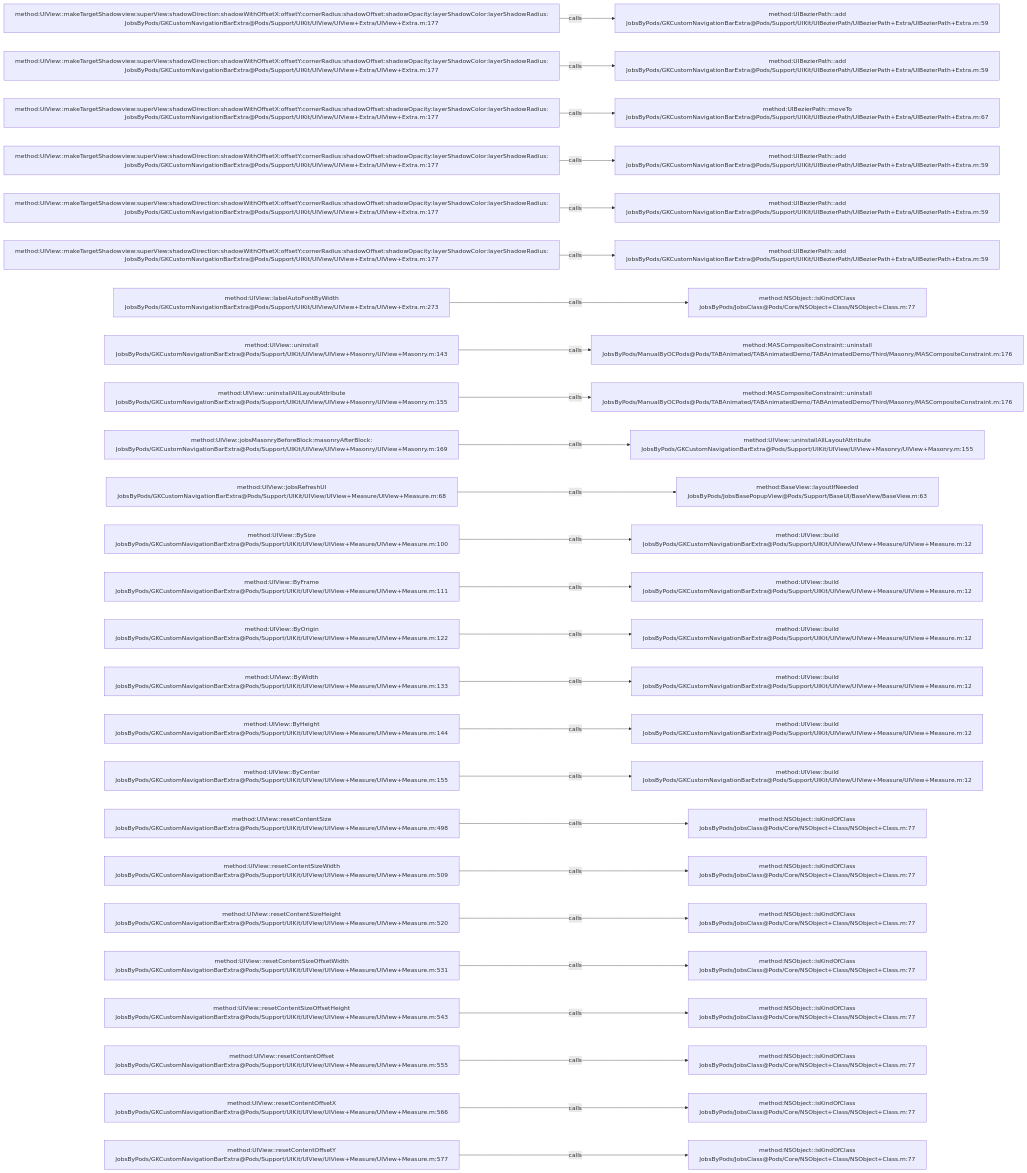
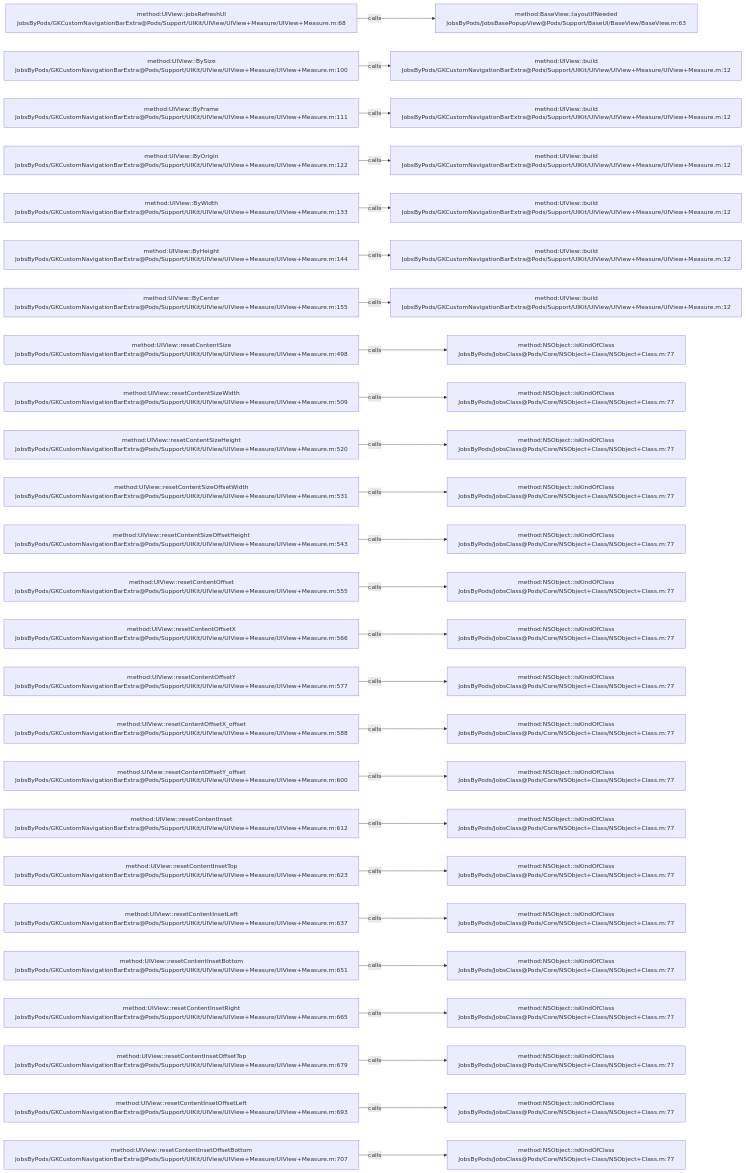
One commit to JobsKits/JobsOCBaseConfigDemo changed the diagram in .codegraph/codegraph.md/graphs/calls-009.md. Above: the diagram before and after it, drawn with Mermaid. The commit also changed 639 other files, not shown here.

````diff
--- a/.codegraph/codegraph.md/graphs/calls-009.md
+++ b/.codegraph/codegraph.md/graphs/calls-009.md
@@ -13,78 +13,78 @@
 ```mermaid
 flowchart LR
-  S1["method:UIView::makeTargetShadowview:superView:shadowDirection:shadowWithOffsetX:offsetY:cornerRadius:shadowOffset:shadowOpacity:layerShadowColor:layerShadowRadius:<br/>JobsByPods/GKCustomNavigationBarExtra@Pods/Support/UIKit/UIView/UIView+Extra/UIView+Extra.m:177"]
-  T1["method:UIBezierPath::add<br/>JobsByPods/GKCustomNavigationBarExtra@Pods/Support/UIKit/UIBezierPath/UIBezierPath+Extra/UIBezierPath+Extra.m:59"]
+  S1["method:UIView::jobsRefreshUI<br/>JobsByPods/GKCustomNavigationBarExtra@Pods/Support/UIKit/UIView/UIView+Measure/UIView+Measure.m:68"]
+  T1["method:BaseView::layoutIfNeeded<br/>JobsByPods/JobsBasePopupView@Pods/Support/BaseUI/BaseView/BaseView.m:63"]
   S1 -->|calls| T1
-  S2["method:UIView::makeTargetShadowview:superView:shadowDirection:shadowWithOffsetX:offsetY:cornerRadius:shadowOffset:shadowOpacity:layerShadowColor:layerShadowRadius:<br/>JobsByPods/GKCustomNavigationBarExtra@Pods/Support/UIKit/UIView/UIView+Extra/UIView+Extra.m:177"]
-  T2["method:UIBezierPath::add<br/>JobsByPods/GKCustomNavigationBarExtra@Pods/Support/UIKit/UIBezierPath/UIBezierPath+Extra/UIBezierPath+Extra.m:59"]
+  S2["method:UIView::BySize<br/>JobsByPods/GKCustomNavigationBarExtra@Pods/Support/UIKit/UIView/UIView+Measure/UIView+Measure.m:100"]
+  T2["method:UIView::build<br/>JobsByPods/GKCustomNavigationBarExtra@Pods/Support/UIKit/UIView/UIView+Measure/UIView+Measure.m:12"]
   S2 -->|calls| T2
-  S3["method:UIView::makeTargetShadowview:superView:shadowDirection:shadowWithOffsetX:offsetY:cornerRadius:shadowOffset:shadowOpacity:layerShadowColor:layerShadowRadius:<br/>JobsByPods/GKCustomNavigationBarExtra@Pods/Support/UIKit/UIView/UIView+Extra/UIView+Extra.m:177"]
-  T3["method:UIBezierPath::moveTo<br/>JobsByPods/GKCustomNavigationBarExtra@Pods/Support/UIKit/UIBezierPath/UIBezierPath+Extra/UIBezierPath+Extra.m:67"]
+  S3["method:UIView::ByFrame<br/>JobsByPods/GKCustomNavigationBarExtra@Pods/Support/UIKit/UIView/UIView+Measure/UIView+Measure.m:111"]
+  T3["method:UIView::build<br/>JobsByPods/GKCustomNavigationBarExtra@Pods/Support/UIKit/UIView/UIView+Measure/UIView+Measure.m:12"]
   S3 -->|calls| T3
-  S4["method:UIView::makeTargetShadowview:superView:shadowDirection:shadowWithOffsetX:offsetY:cornerRadius:shadowOffset:shadowOpacity:layerShadowColor:layerShadowRadius:<br/>JobsByPods/GKCustomNavigationBarExtra@Pods/Support/UIKit/UIView/UIView+Extra/UIView+Extra.m:177"]
-  T4["method:UIBezierPath::add<br/>JobsByPods/GKCustomNavigationBarExtra@Pods/Support/UIKit/UIBezierPath/UIBezierPath+Extra/UIBezierPath+Extra.m:59"]
+  S4["method:UIView::ByOrigin<br/>JobsByPods/GKCustomNavigationBarExtra@Pods/Support/UIKit/UIView/UIView+Measure/UIView+Measure.m:122"]
+  T4["method:UIView::build<br/>JobsByPods/GKCustomNavigationBarExtra@Pods/Support/UIKit/UIView/UIView+Measure/UIView+Measure.m:12"]
   S4 -->|calls| T4
-  S5["method:UIView::makeTargetShadowview:superView:shadowDirection:shadowWithOffsetX:offsetY:cornerRadius:shadowOffset:shadowOpacity:layerShadowColor:layerShadowRadius:<br/>JobsByPods/GKCustomNavigationBarExtra@Pods/Support/UIKit/UIView/UIView+Extra/UIView+Extra.m:177"]
-  T5["method:UIBezierPath::add<br/>JobsByPods/GKCustomNavigationBarExtra@Pods/Support/UIKit/UIBezierPath/UIBezierPath+Extra/UIBezierPath+Extra.m:59"]
+  S5["method:UIView::ByWidth<br/>JobsByPods/GKCustomNavigationBarExtra@Pods/Support/UIKit/UIView/UIView+Measure/UIView+Measure.m:133"]
+  T5["method:UIView::build<br/>JobsByPods/GKCustomNavigationBarExtra@Pods/Support/UIKit/UIView/UIView+Measure/UIView+Measure.m:12"]
   S5 -->|calls| T5
-  S6["method:UIView::makeTargetShadowview:superView:shadowDirection:shadowWithOffsetX:offsetY:cornerRadius:shadowOffset:shadowOpacity:layerShadowColor:layerShadowRadius:<br/>JobsByPods/GKCustomNavigationBarExtra@Pods/Support/UIKit/UIView/UIView+Extra/UIView+Extra.m:177"]
-  T6["method:UIBezierPath::add<br/>JobsByPods/GKCustomNavigationBarExtra@Pods/Support/UIKit/UIBezierPath/UIBezierPath+Extra/UIBezierPath+Extra.m:59"]
+  S6["method:UIView::ByHeight<br/>JobsByPods/GKCustomNavigationBarExtra@Pods/Support/UIKit/UIView/UIView+Measure/UIView+Measure.m:144"]
+  T6["method:UIView::build<br/>JobsByPods/GKCustomNavigationBarExtra@Pods/Support/UIKit/UIView/UIView+Measure/UIView+Measure.m:12"]
   S6 -->|calls| T6
-  S7["method:UIView::labelAutoFontByWidth<br/>JobsByPods/GKCustomNavigationBarExtra@Pods/Support/UIKit/UIView/UIView+Extra/UIView+Extra.m:273"]
-  T7["method:NSObject::isKindOfClass<br/>JobsByPods/JobsClass@Pods/Core/NSObject+Class/NSObject+Class.m:77"]
+  S7["method:UIView::ByCenter<br/>JobsByPods/GKCustomNavigationBarExtra@Pods/Support/UIKit/UIView/UIView+Measure/UIView+Measure.m:155"]
+  T7["method:UIView::build<br/>JobsByPods/GKCustomNavigationBarExtra@Pods/Support/UIKit/UIView/UIView+Measure/UIView+Measure.m:12"]
   S7 -->|calls| T7
-  S8["method:UIView::uninstall<br/>JobsByPods/GKCustomNavigationBarExtra@Pods/Support/UIKit/UIView/UIView+Masonry/UIView+Masonry.m:143"]
-  T8["method:MASCompositeConstraint::uninstall<br/>JobsByPods/ManualByOCPods@Pods/TABAnimated/TABAnimatedDemo/TABAnimatedDemo/Third/Masonry/MASCompositeConstraint.m:176"]
+  S8["method:UIView::resetContentSize<br/>JobsByPods/GKCustomNavigationBarExtra@Pods/Support/UIKit/UIView/UIView+Measure/UIView+Measure.m:498"]
+  T8["method:NSObject::isKindOfClass<br/>JobsByPods/JobsClass@Pods/Core/NSObject+Class/NSObject+Class.m:77"]
   S8 -->|calls| T8
-  S9["method:UIView::uninstallAllLayoutAttribute<br/>JobsByPods/GKCustomNavigationBarExtra@Pods/Support/UIKit/UIView/UIView+Masonry/UIView+Masonry.m:155"]
-  T9["method:MASCompositeConstraint::uninstall<br/>JobsByPods/ManualByOCPods@Pods/TABAnimated/TABAnimatedDemo/TABAnimatedDemo/Third/Masonry/MASCompositeConstraint.m:176"]
+  S9["method:UIView::resetContentSizeWidth<br/>JobsByPods/GKCustomNavigationBarExtra@Pods/Support/UIKit/UIView/UIView+Measure/UIView+Measure.m:509"]
+  T9["method:NSObject::isKindOfClass<br/>JobsByPods/JobsClass@Pods/Core/NSObject+Class/NSObject+Class.m:77"]
   S9 -->|calls| T9
-  S10["method:UIView::jobsMasonryBeforeBlock:masonryAfterBlock:<br/>JobsByPods/GKCustomNavigationBarExtra@Pods/Support/UIKit/UIView/UIView+Masonry/UIView+Masonry.m:169"]
-  T10["method:UIView::uninstallAllLayoutAttribute<br/>JobsByPods/GKCustomNavigationBarExtra@Pods/Support/UIKit/UIView/UIView+Masonry/UIView+Masonry.m:155"]
+  S10["method:UIView::resetContentSizeHeight<br/>JobsByPods/GKCustomNavigationBarExtra@Pods/Support/UIKit/UIView/UIView+Measure/UIView+Measure.m:520"]
+  T10["method:NSObject::isKindOfClass<br/>JobsByPods/JobsClass@Pods/Core/NSObject+Class/NSObject+Class.m:77"]
   S10 -->|calls| T10
-  S11["method:UIView::jobsRefreshUI<br/>JobsByPods/GKCustomNavigationBarExtra@Pods/Support/UIKit/UIView/UIView+Measure/UIView+Measure.m:68"]
-  T11["method:BaseView::layoutIfNeeded<br/>JobsByPods/JobsBasePopupView@Pods/Support/BaseUI/BaseView/BaseView.m:63"]
+  S11["method:UIView::resetContentSizeOffsetWidth<br/>JobsByPods/GKCustomNavigationBarExtra@Pods/Support/UIKit/UIView/UIView+Measure/UIView+Measure.m:531"]
+  T11["method:NSObject::isKindOfClass<br/>JobsByPods/JobsClass@Pods/Core/NSObject+Class/NSObject+Class.m:77"]
   S11 -->|calls| T11
-  S12["method:UIView::BySize<br/>JobsByPods/GKCustomNavigationBarExtra@Pods/Support/UIKit/UIView/UIView+Measure/UIView+Measure.m:100"]
-  T12["method:UIView::build<br/>JobsByPods/GKCustomNavigationBarExtra@Pods/Support/UIKit/UIView/UIView+Measure/UIView+Measure.m:12"]
+  S12["method:UIView::resetContentSizeOffsetHeight<br/>JobsByPods/GKCustomNavigationBarExtra@Pods/Support/UIKit/UIView/UIView+Measure/UIView+Measure.m:543"]
+  T12["method:NSObject::isKindOfClass<br/>JobsByPods/JobsClass@Pods/Core/NSObject+Class/NSObject+Class.m:77"]
   S12 -->|calls| T12
-  S13["method:UIView::ByFrame<br/>JobsByPods/GKCustomNavigationBarExtra@Pods/Support/UIKit/UIView/UIView+Measure/UIView+Measure.m:111"]
-  T13["method:UIView::build<br/>JobsByPods/GKCustomNavigationBarExtra@Pods/Support/UIKit/UIView/UIView+Measure/UIView+Measure.m:12"]
+  S13["method:UIView::resetContentOffset<br/>JobsByPods/GKCustomNavigationBarExtra@Pods/Support/UIKit/UIView/UIView+Measure/UIView+Measure.m:555"]
+  T13["method:NSObject::isKindOfClass<br/>JobsByPods/JobsClass@Pods/Core/NSObject+Class/NSObject+Class.m:77"]
   S13 -->|calls| T13
-  S14["method:UIView::ByOrigin<br/>JobsByPods/GKCustomNavigationBarExtra@Pods/Support/UIKit/UIView/UIView+Measure/UIView+Measure.m:122"]
-  T14["method:UIView::build<br/>JobsByPods/GKCustomNavigationBarExtra@Pods/Support/UIKit/UIView/UIView+Measure/UIView+Measure.m:12"]
+  S14["method:UIView::resetContentOffsetX<br/>JobsByPods/GKCustomNavigationBarExtra@Pods/Support/UIKit/UIView/UIView+Measure/UIView+Measure.m:566"]
+  T14["method:NSObject::isKindOfClass<br/>JobsByPods/JobsClass@Pods/Core/NSObject+Class/NSObject+Class.m:77"]
   S14 -->|calls| T14
-  S15["method:UIView::ByWidth<br/>JobsByPods/GKCustomNavigationBarExtra@Pods/Support/UIKit/UIView/UIView+Measure/UIView+Measure.m:133"]
-  T15["method:UIView::build<br/>JobsByPods/GKCustomNavigationBarExtra@Pods/Support/UIKit/UIView/UIView+Measure/UIView+Measure.m:12"]
+  S15["method:UIView::resetContentOffsetY<br/>JobsByPods/GKCustomNavigationBarExtra@Pods/Support/UIKit/UIView/UIView+Measure/UIView+Measure.m:577"]
+  T15["method:NSObject::isKindOfClass<br/>JobsByPods/JobsClass@Pods/Core/NSObject+Class/NSObject+Class.m:77"]
   S15 -->|calls| T15
-  S16["method:UIView::ByHeight<br/>JobsByPods/GKCustomNavigationBarExtra@Pods/Support/UIKit/UIView/UIView+Measure/UIView+Measure.m:144"]
-  T16["method:UIView::build<br/>JobsByPods/GKCustomNavigationBarExtra@Pods/Support/UIKit/UIView/UIView+Measure/UIView+Measure.m:12"]
+  S16["method:UIView::resetContentOffsetX_offset<br/>JobsByPods/GKCustomNavigationBarExtra@Pods/Support/UIKit/UIView/UIView+Measure/UIView+Measure.m:588"]
+  T16["method:NSObject::isKindOfClass<br/>JobsByPods/JobsClass@Pods/Core/NSObject+Class/NSObject+Class.m:77"]
   S16 -->|calls| T16
-  S17["method:UIView::ByCenter<br/>JobsByPods/GKCustomNavigationBarExtra@Pods/Support/UIKit/UIView/UIView+Measure/UIView+Measure.m:155"]
-  T17["method:UIView::build<br/>JobsByPods/GKCustomNavigationBarExtra@Pods/Support/UIKit/UIView/UIView+Measure/UIView+Measure.m:12"]
+  S17["method:UIView::resetContentOffsetY_offset<br/>JobsByPods/GKCustomNavigationBarExtra@Pods/Support/UIKit/UIView/UIView+Measure/UIView+Measure.m:600"]
+  T17["method:NSObject::isKindOfClass<br/>JobsByPods/JobsClass@Pods/Core/NSObject+Class/NSObject+Class.m:77"]
   S17 -->|calls| T17
-  S18["method:UIView::resetContentSize<br/>JobsByPods/GKCustomNavigationBarExtra@Pods/Support/UIKit/UIView/UIView+Measure/UIView+Measure.m:498"]
+  S18["method:UIView::resetContentInset<br/>JobsByPods/GKCustomNavigationBarExtra@Pods/Support/UIKit/UIView/UIView+Measure/UIView+Measure.m:612"]
   T18["method:NSObject::isKindOfClass<br/>JobsByPods/JobsClass@Pods/Core/NSObject+Class/NSObject+Class.m:77"]
   S18 -->|calls| T18
-  S19["method:UIView::resetContentSizeWidth<br/>JobsByPods/GKCustomNavigationBarExtra@Pods/Support/UIKit/UIView/UIView+Measure/UIView+Measure.m:509"]
+  S19["method:UIView::resetContentInsetTop<br/>JobsByPods/GKCustomNavigationBarExtra@Pods/Support/UIKit/UIView/UIView+Measure/UIView+Measure.m:623"]
   T19["method:NSObject::isKindOfClass<br/>JobsByPods/JobsClass@Pods/Core/NSObject+Class/NSObject+Class.m:77"]
   S19 -->|calls| T19
-  S20["method:UIView::resetContentSizeHeight<br/>JobsByPods/GKCustomNavigationBarExtra@Pods/Support/UIKit/UIView/UIView+Measure/UIView+Measure.m:520"]
+  S20["method:UIView::resetContentInsetLeft<br/>JobsByPods/GKCustomNavigationBarExtra@Pods/Support/UIKit/UIView/UIView+Measure/UIView+Measure.m:637"]
   T20["method:NSObject::isKindOfClass<br/>JobsByPods/JobsClass@Pods/Core/NSObject+Class/NSObject+Class.m:77"]
   S20 -->|calls| T20
-  S21["method:UIView::resetContentSizeOffsetWidth<br/>JobsByPods/GKCustomNavigationBarExtra@Pods/Support/UIKit/UIView/UIView+Measure/UIView+Measure.m:531"]
+  S21["method:UIView::resetContentInsetBottom<br/>JobsByPods/GKCustomNavigationBarExtra@Pods/Support/UIKit/UIView/UIView+Measure/UIView+Measure.m:651"]
   T21["method:NSObject::isKindOfClass<br/>JobsByPods/JobsClass@Pods/Core/NSObject+Class/NSObject+Class.m:77"]
   S21 -->|calls| T21
-  S22["method:UIView::resetContentSizeOffsetHeight<br/>JobsByPods/GKCustomNavigationBarExtra@Pods/Support/UIKit/UIView/UIView+Measure/UIView+Measure.m:543"]
+  S22["method:UIView::resetContentInsetRight<br/>JobsByPods/GKCustomNavigationBarExtra@Pods/Support/UIKit/UIView/UIView+Measure/UIView+Measure.m:665"]
   T22["method:NSObject::isKindOfClass<br/>JobsByPods/JobsClass@Pods/Core/NSObject+Class/NSObject+Class.m:77"]
   S22 -->|calls| T22
-  S23["method:UIView::resetContentOffset<br/>JobsByPods/GKCustomNavigationBarExtra@Pods/Support/UIKit/UIView/UIView+Measure/UIView+Measure.m:555"]
+  S23["method:UIView::resetContentInsetOffsetTop<br/>JobsByPods/GKCustomNavigationBarExtra@Pods/Support/UIKit/UIView/UIView+Measure/UIView+Measure.m:679"]
   T23["method:NSObject::isKindOfClass<br/>JobsByPods/JobsClass@Pods/Core/NSObject+Class/NSObject+Class.m:77"]
   S23 -->|calls| T23
-  S24["method:UIView::resetContentOffsetX<br/>JobsByPods/GKCustomNavigationBarExtra@Pods/Support/UIKit/UIView/UIView+Measure/UIView+Measure.m:566"]
+  S24["method:UIView::resetContentInsetOffsetLeft<br/>JobsByPods/GKCustomNavigationBarExtra@Pods/Support/UIKit/UIView/UIView+Measure/UIView+Measure.m:693"]
   T24["method:NSObject::isKindOfClass<br/>JobsByPods/JobsClass@Pods/Core/NSObject+Class/NSObject+Class.m:77"]
   S24 -->|calls| T24
-  S25["method:UIView::resetContentOffsetY<br/>JobsByPods/GKCustomNavigationBarExtra@Pods/Support/UIKit/UIView/UIView+Measure/UIView+Measure.m:577"]
+  S25["method:UIView::resetContentInsetOffsetBottom<br/>JobsByPods/GKCustomNavigationBarExtra@Pods/Support/UIKit/UIView/UIView+Measure/UIView+Measure.m:707"]
   T25["method:NSObject::isKindOfClass<br/>JobsByPods/JobsClass@Pods/Core/NSObject+Class/NSObject+Class.m:77"]
   S25 -->|calls| T25
 ```
````
